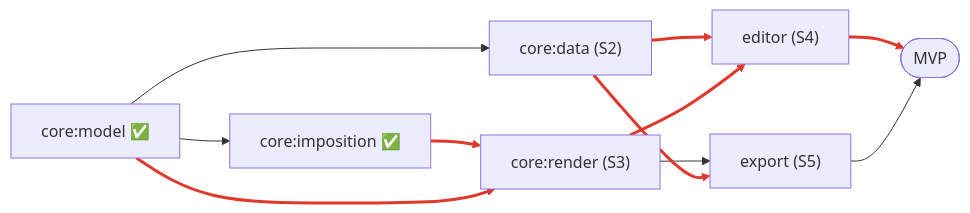
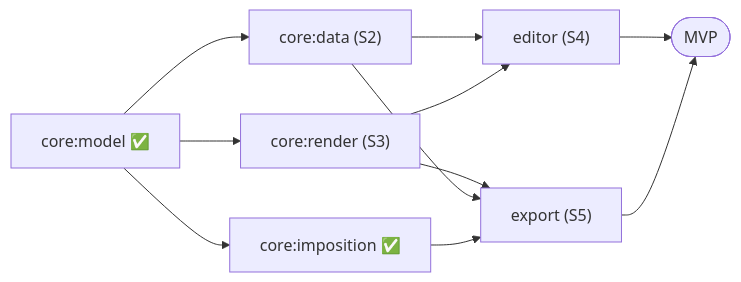
The tenth of 10 diagrams in docs/ARCHITECTURE.md (aritr-codes/zinely-android), drawn with Mermaid before and after one commit. The commit also changed other lines of this file, not shown here.

First line of the commit message:
docs(arch): fix render dependency in subsystem map (render is model-only)

````diff
--- a/docs/ARCHITECTURE.md
+++ b/docs/ARCHITECTURE.md
@@ -403,15 +402,13 @@
 ```mermaid
 flowchart LR
     M["core:model ✅"] --> I["core:imposition ✅"]
     M --> D["core:data (S2)"]
-    I --> R["core:render (S3)"]
-    M --> R
+    M --> R["core:render (S3)"]
     D --> E["editor (S4)"]
     R --> E
     R --> X["export (S5)"]
     D --> X
+    I --> X
     E --> MVP(["MVP"])
     X --> MVP
-
-    linkStyle 2,3,4,5,7,8 stroke:#e0392b,stroke-width:3px;
 ```
````
